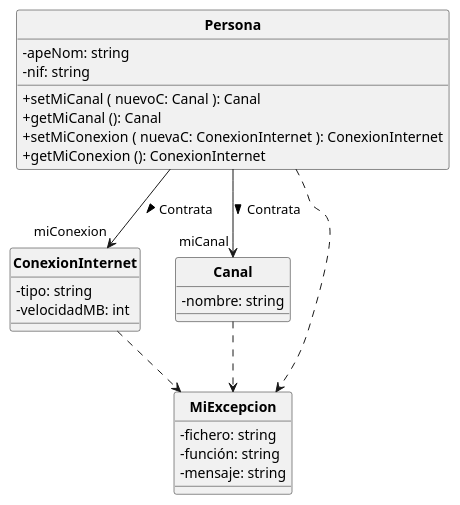
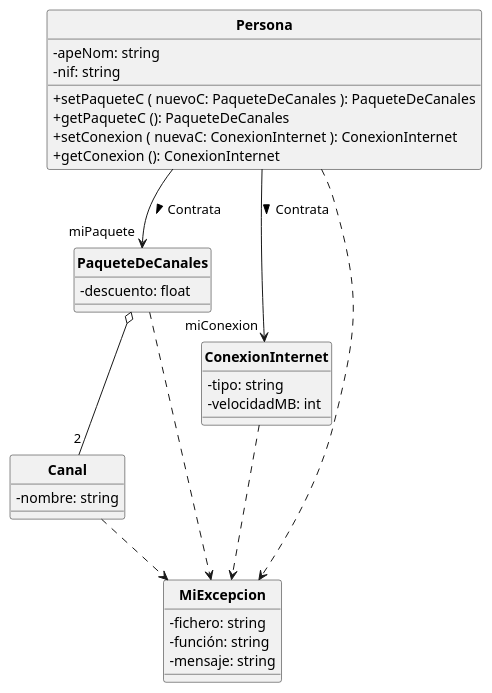
Before and after one commit to POOUJA/PooFusion: the diagram in PooFusion.puml, drawn with PlantUML. The commit also changed 1 other file, not shown here.

Commit message:
UML para la sesión 3_2
- Modificados los diagramas de clases UML en formato PlantUML y UMLet

```diff
--- a/PooFusion.puml
+++ b/PooFusion.puml
@@ -1,37 +1,43 @@
 @startuml
 
 hide circle
 skinparam classattributeiconsize 0
 skinparam classFontStyle bold
 
 class Persona {
  - apeNom: string
  - nif: string
- + setMiCanal ( nuevoC: Canal ): Canal
- + getMiCanal (): Canal
- + setMiConexion ( nuevaC: ConexionInternet ): ConexionInternet
- + getMiConexion (): ConexionInternet
+ + setPaqueteC ( nuevoC: PaqueteDeCanales ): PaqueteDeCanales
+ + getPaqueteC (): PaqueteDeCanales
+ + setConexion ( nuevaC: ConexionInternet ): ConexionInternet
+ + getConexion (): ConexionInternet
+}
+
+class PaqueteDeCanales{
+ - descuento: float
 }
 
 class ConexionInternet {
  - tipo: string
  - velocidadMB: int
 }
 
 class Canal {
  - nombre: string
 }
 
 class MiExcepcion{
  - fichero: string
  - función: string
  - mensaje: string
 }
 
 Persona --> "miConexion" ConexionInternet: Contrata >
-Persona --> "miCanal" Canal: Contrata >
+Persona --> "miPaquete" PaqueteDeCanales: Contrata >
+PaqueteDeCanales o-- "2" Canal
 Canal ..> MiExcepcion
 ConexionInternet ..> MiExcepcion
 Persona ..> MiExcepcion
+PaqueteDeCanales ..> MiExcepcion
 
 @enduml
```
